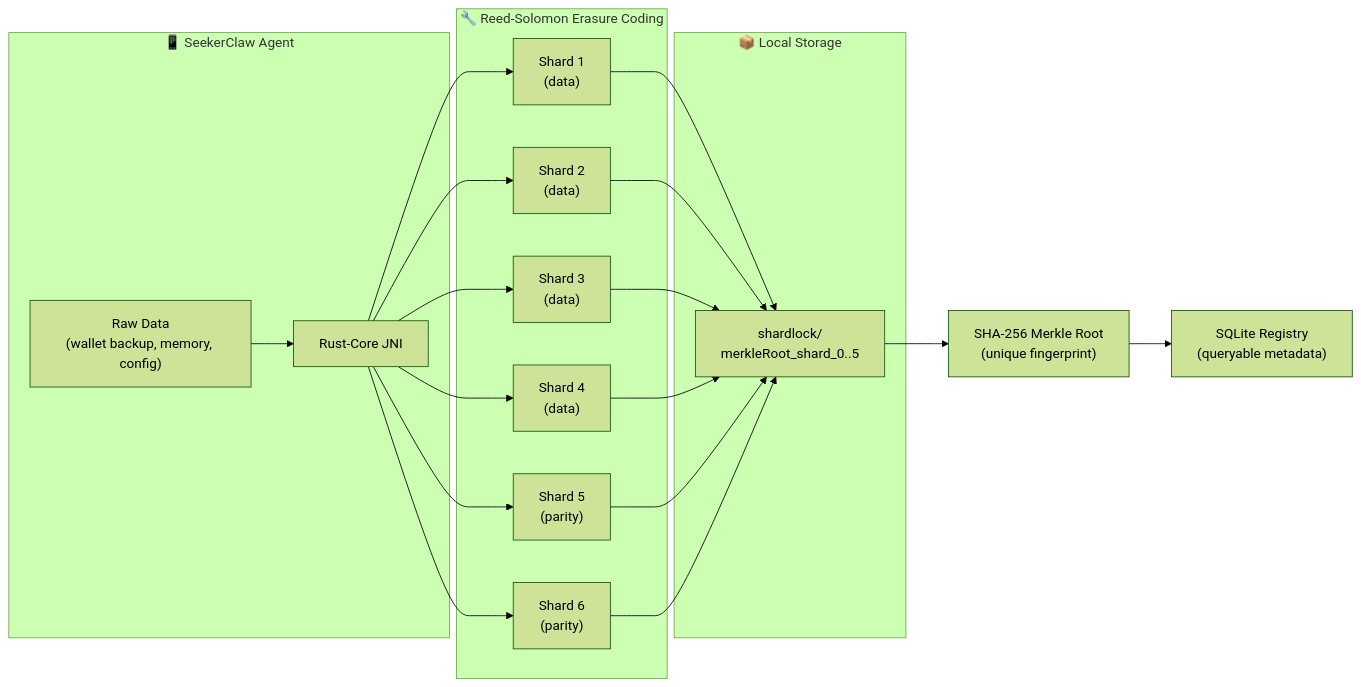
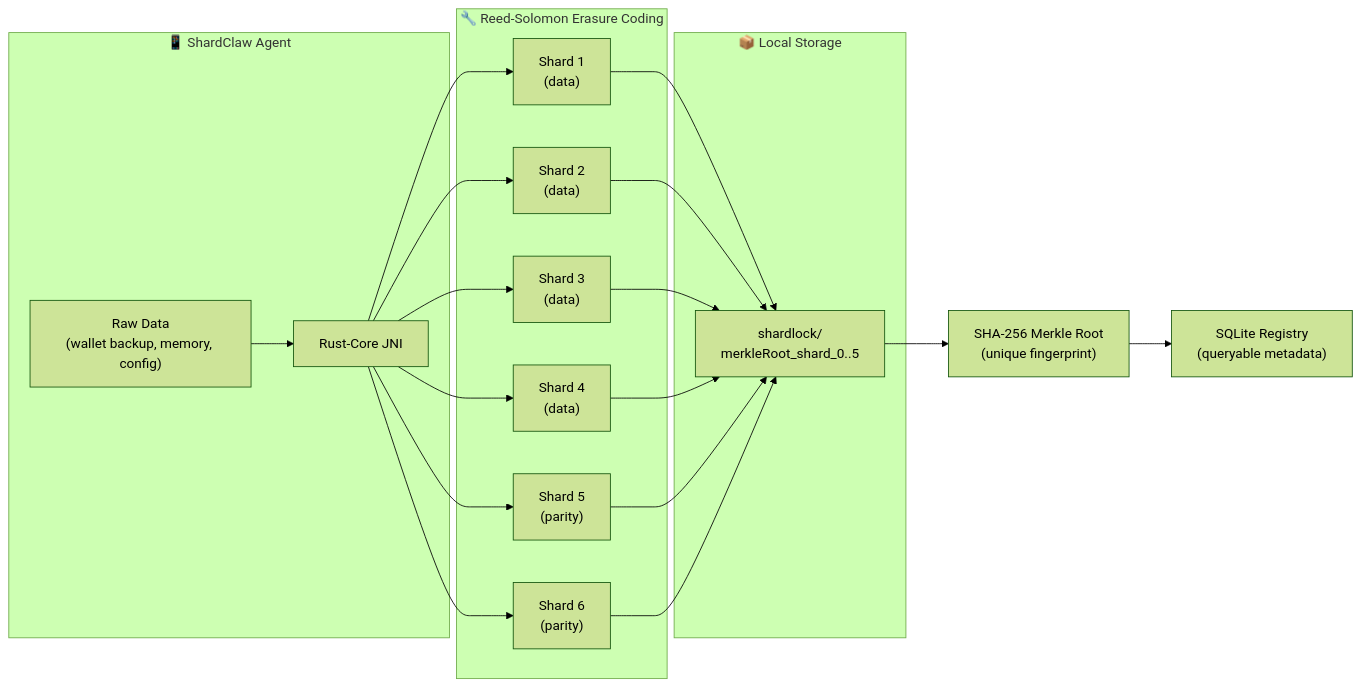
The second of 5 diagrams in README.md (RYthaGOD/seekerclaw-x-shard-lock), drawn with Mermaid (forest theme) before and after one commit. The commit also changed other lines of this file and 146 other files, not shown here.

First line of the commit message:
feat: Global ShardClaw Rebranding — 'Industrial Futurism' Evolution

````diff
--- a/README.md
+++ b/README.md
@@ -129,24 +133,24 @@
 ```mermaid
 graph LR
-    subgraph "📱 SeekerClaw Agent"
+    subgraph "📱 ShardClaw Agent"
         A["Raw Data<br/>(wallet backup, memory, config)"] --> B["Rust-Core JNI"]
     end
     subgraph "🔧 Reed-Solomon Erasure Coding"
         B --> D1["Shard 1<br/>(data)"]
         B --> D2["Shard 2<br/>(data)"]
         B --> D3["Shard 3<br/>(data)"]
         B --> D4["Shard 4<br/>(data)"]
         B --> P1["Shard 5<br/>(parity)"]
         B --> P2["Shard 6<br/>(parity)"]
     end
     subgraph "📦 Local Storage"
         D1 --> S["shardlock/<br/>merkleRoot_shard_0..5"]
         D2 --> S
         D3 --> S
         D4 --> S
         P1 --> S
         P2 --> S
     end
     S --> M["SHA-256 Merkle Root<br/>(unique fingerprint)"]
     M --> DB["SQLite Registry<br/>(queryable metadata)"]
 ```
````
